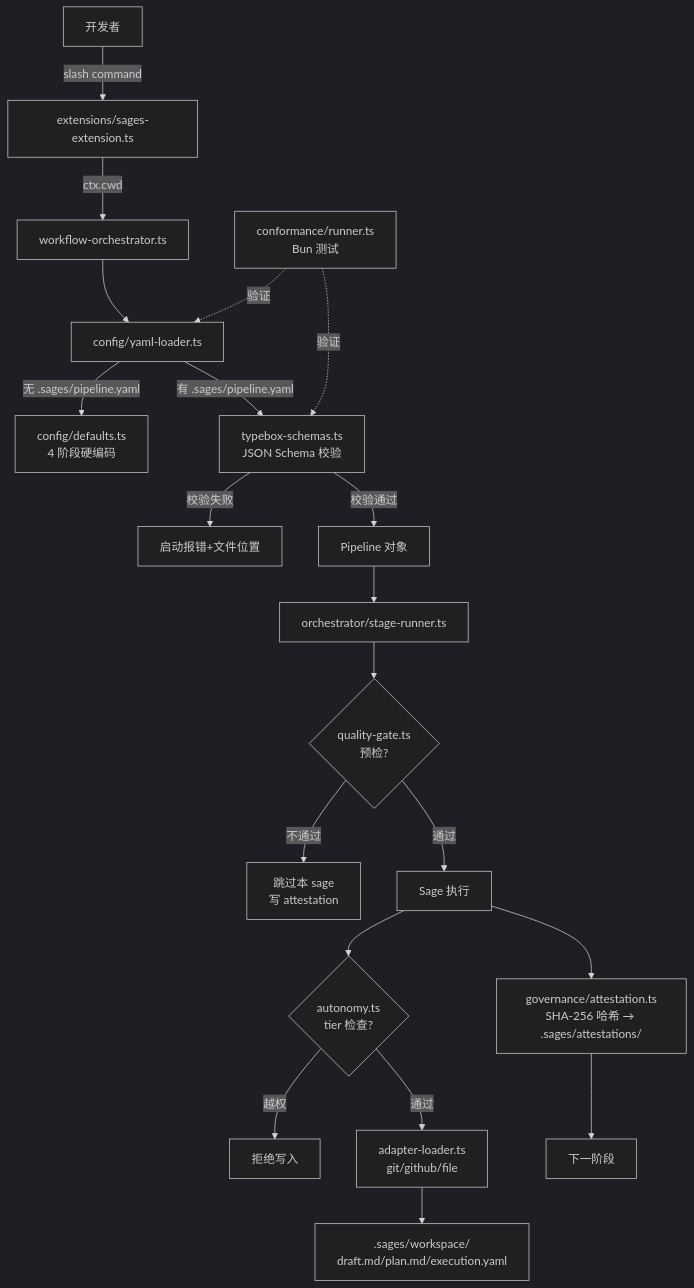
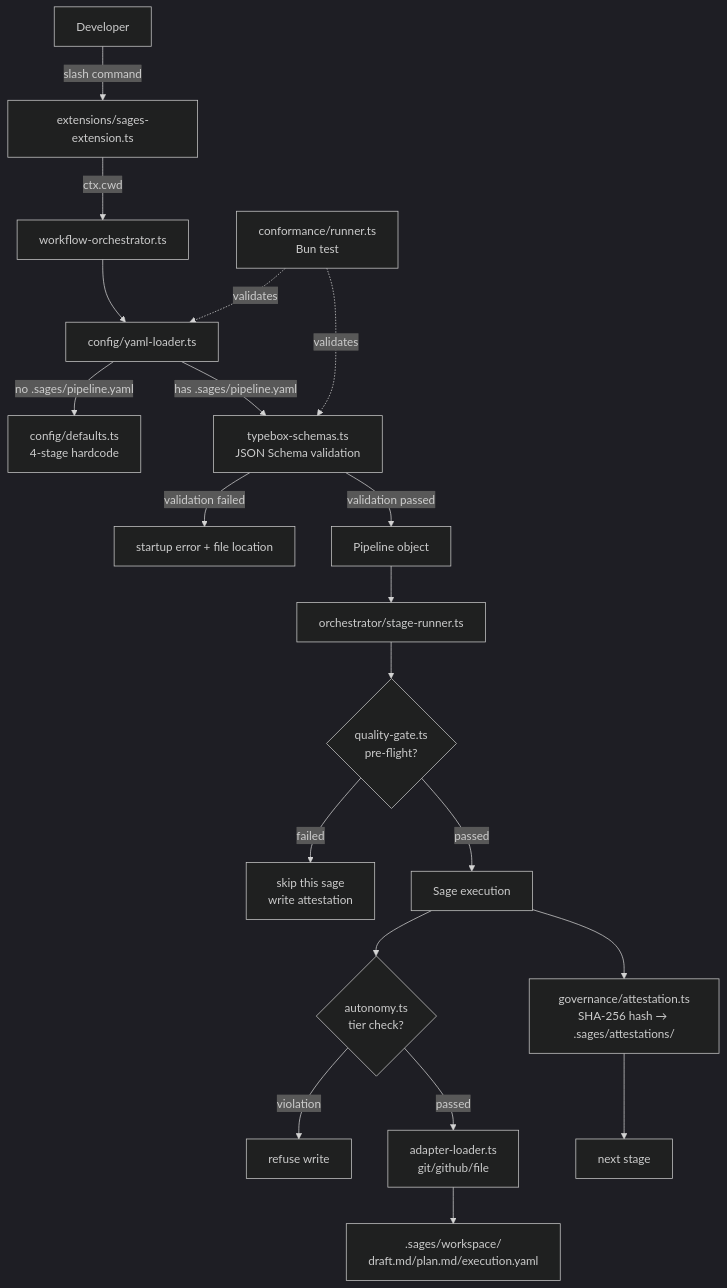
Before and after one commit to vanpipy/sages: the diagram in 2026-06-28-mini-ai-sdlc-evolution.md, drawn with Mermaid (dark theme). The commit also changed other lines of this file and 2 other files, not shown here.

````diff
--- a/2026-06-28-mini-ai-sdlc-evolution.md
+++ b/2026-06-28-mini-ai-sdlc-evolution.md
@@ -190,28 +190,28 @@
 ```mermaid
 flowchart TB
-    User[开发者] -->|slash command| Ext[extensions/sages-extension.ts]
+    User[Developer] -->|slash command| Ext[extensions/sages-extension.ts]
     Ext -->|ctx.cwd| Orch[workflow-orchestrator.ts]
 
     Orch --> Loader[config/yaml-loader.ts]
-    Loader -->|无 .sages/pipeline.yaml| Default[config/defaults.ts<br/>4 阶段硬编码]
-    Loader -->|有 .sages/pipeline.yaml| Schema[typebox-schemas.ts<br/>JSON Schema 校验]
-    Schema -->|校验失败| Error[启动报错+文件位置]
-    Schema -->|校验通过| Pipeline[Pipeline 对象]
+    Loader -->|no .sages/pipeline.yaml| Default[config/defaults.ts<br/>4-stage hardcode]
+    Loader -->|has .sages/pipeline.yaml| Schema[typebox-schemas.ts<br/>JSON Schema validation]
+    Schema -->|validation failed| Error[startup error + file location]
+    Schema -->|validation passed| Pipeline[Pipeline object]
 
     Pipeline --> Runner[orchestrator/stage-runner.ts]
 
-    Runner --> G1{quality-gate.ts<br/>预检?}
-    G1 -->|不通过| Skip[跳过本 sage<br/>写 attestation]
-    G1 -->|通过| Sage[Sage 执行]
+    Runner --> G1{quality-gate.ts<br/>pre-flight?}
+    G1 -->|failed| Skip[skip this sage<br/>write attestation]
+    G1 -->|passed| Sage[Sage execution]
 
-    Sage --> A1{autonomy.ts<br/>tier 检查?}
-    A1 -->|越权| Refuse[拒绝写入]
-    A1 -->|通过| Adapters[adapter-loader.ts<br/>git/github/file]
+    Sage --> A1{autonomy.ts<br/>tier check?}
+    A1 -->|violation| Refuse[refuse write]
+    A1 -->|passed| Adapters[adapter-loader.ts<br/>git/github/file]
 
     Adapters --> Outputs[.sages/workspace/<br/>draft.md/plan.md/execution.yaml]
-    Sage --> Attest[governance/attestation.ts<br/>SHA-256 哈希 → .sages/attestations/]
-    Attest --> Next[下一阶段]
+    Sage --> Attest[governance/attestation.ts<br/>SHA-256 hash → .sages/attestations/]
+    Attest --> Next[next stage]
 
-    Conformance[conformance/runner.ts<br/>Bun 测试] -.验证.-> Loader
-    Conformance -.验证.-> Schema
+    Conformance[conformance/runner.ts<br/>Bun test] -.validates.-> Loader
+    Conformance -.validates.-> Schema
 ```
````
